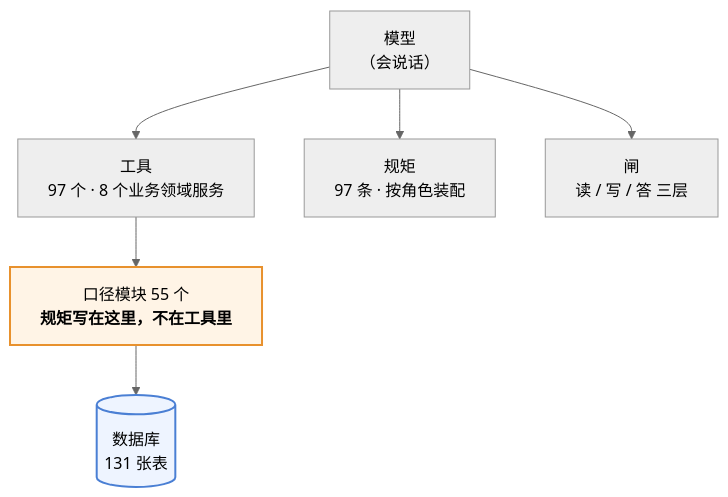
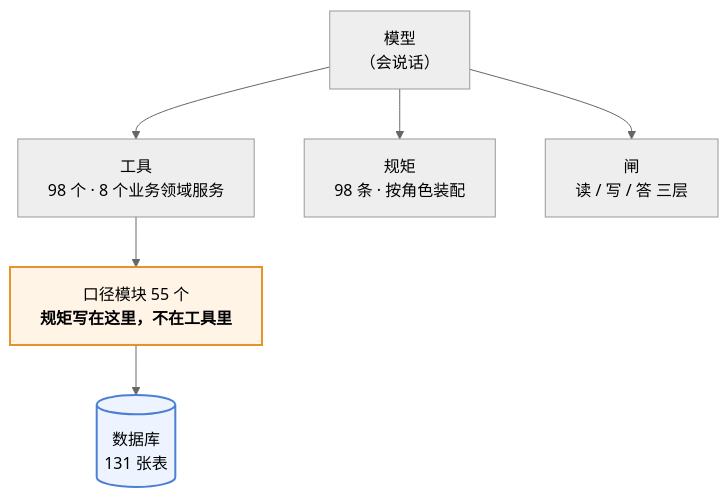
One commit to 843773296-rgb/lanxiu-yunshang-agent changed the first of 3 diagrams in 澜绣云裳agent-产品说明.md. Above: the diagram before and after it, drawn with Mermaid (neutral theme). The commit also changed other lines of this file and 27 other files, not shown here.

````diff
--- a/澜绣云裳agent-产品说明.md
+++ b/澜绣云裳agent-产品说明.md
@@ -62,12 +62,12 @@
 ```mermaid
 flowchart TD
     M["模型<br/>（会说话）"]
-    M --> T["工具<br/>97 个 · 8 个业务领域服务"]
-    M --> R["规矩<br/>97 条 · 按角色装配"]
+    M --> T["工具<br/>98 个 · 8 个业务领域服务"]
+    M --> R["规矩<br/>98 条 · 按角色装配"]
     M --> G["闸<br/>读 / 写 / 答 三层"]
     T --> K["口径模块 55 个<br/><b>规矩写在这里，不在工具里</b>"]
     K --> DB[("数据库<br/>131 张表")]
 
     style K fill:#fff4e6,stroke:#e8912d,stroke-width:2px
     style DB fill:#eef4ff,stroke:#4a7fd4,stroke-width:2px
 ```
````
